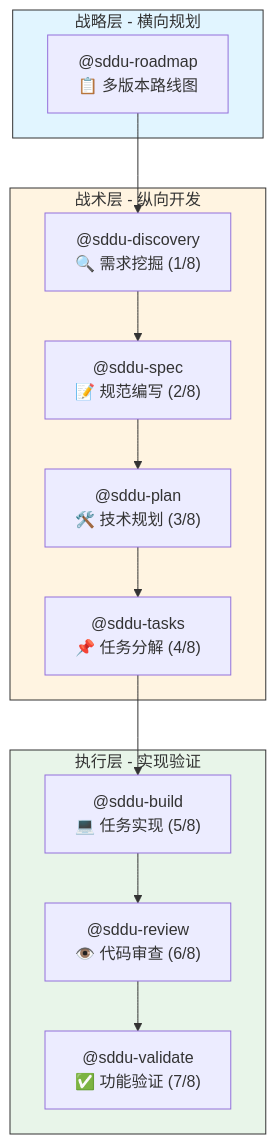
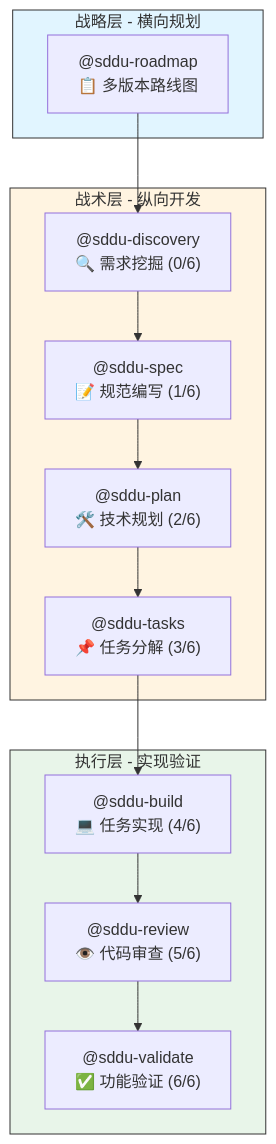
One commit to THZSummer/sddu changed the second of 5 diagrams in README.md. Above: the diagram before and after it, drawn with Mermaid. The commit also changed other lines of this file, not shown here.

````diff
--- a/README.md
+++ b/README.md
@@ -261,27 +262,27 @@
 ```mermaid
 flowchart TD
     subgraph StrategicLayer[战略层 - 横向规划]
         SR1["@sddu-roadmap\n📋 多版本路线图"]
     end
 
     subgraph TacticalLayer[战术层 - 纵向开发]
-        TL1["@sddu-discovery\n🔍 需求挖掘 (1/8)"]
-        TL2["@sddu-spec\n📝 规范编写 (2/8)"]
-        TL3["@sddu-plan\n🛠️ 技术规划 (3/8)"]
-        TL4["@sddu-tasks\n📌 任务分解 (4/8)"]
+        TL1["@sddu-discovery\n🔍 需求挖掘 (0/6)"]
+        TL2["@sddu-spec\n📝 规范编写 (1/6)"]
+        TL3["@sddu-plan\n🛠️ 技术规划 (2/6)"]
+        TL4["@sddu-tasks\n📌 任务分解 (3/6)"]
     end
 
     subgraph ExecutionLayer[执行层 - 实现验证]
-        EL1["@sddu-build\n💻 任务实现 (5/8)"]
-        EL2["@sddu-review\n👁️ 代码审查 (6/8)"]
-        EL3["@sddu-validate\n✅ 功能验证 (7/8)"]
+        EL1["@sddu-build\n💻 任务实现 (4/6)"]
+        EL2["@sddu-review\n👁️ 代码审查 (5/6)"]
+        EL3["@sddu-validate\n✅ 功能验证 (6/6)"]
     end
 
     SR1 --> TL1
     TL1 --> TL2 --> TL3 --> TL4
     TL4 --> EL1 --> EL2 --> EL3
 
     style StrategicLayer fill:#e1f5ff,stroke:#333
     style TacticalLayer fill:#fff4e1,stroke:#333
     style ExecutionLayer fill:#e8f5e9,stroke:#333
 ```
````
